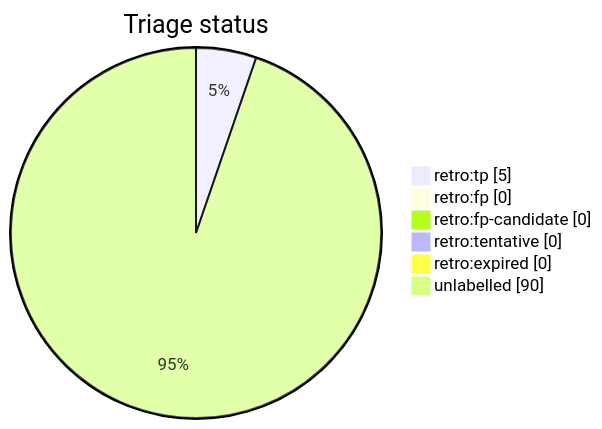
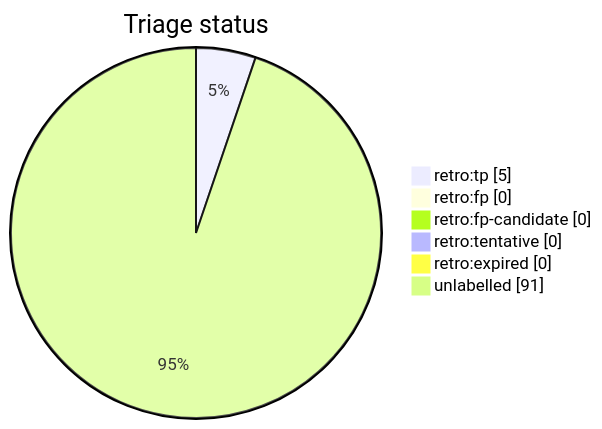
Before and after one commit to tvna/claude-md: the diagram in docs/generated/scripts/auto-retro-triage-report.md, drawn with Mermaid. The commit also changed other lines of this file, not shown here.

````diff
--- a/docs/generated/scripts/auto-retro-triage-report.md
+++ b/docs/generated/scripts/auto-retro-triage-report.md
@@ -20,10 +20,10 @@
 ```mermaid
 pie showData
     title Triage status
     "retro:tp" : 5
     "retro:fp" : 0
     "retro:fp-candidate" : 0
     "retro:tentative" : 0
     "retro:expired" : 0
-    "unlabelled" : 90
+    "unlabelled" : 91
 ```
````
